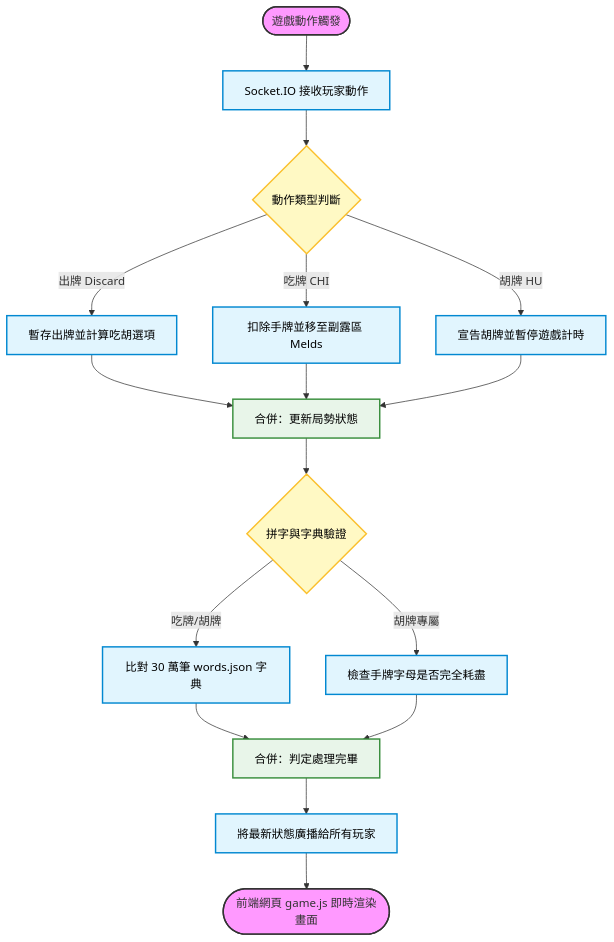
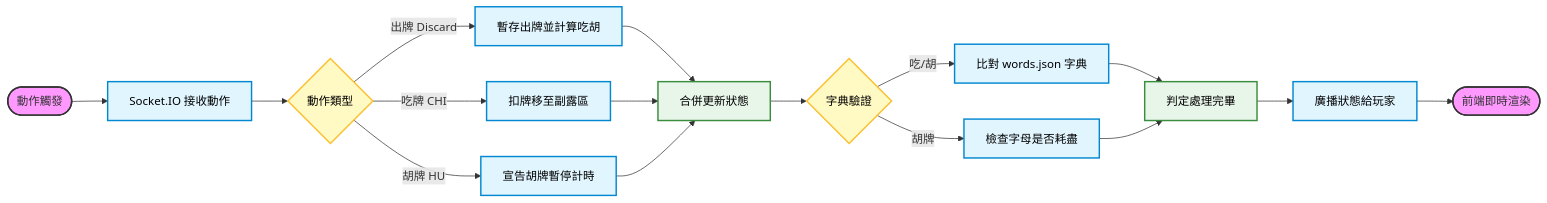
Before and after one commit to redbacon0423/english-mahjohn: the diagram in EXHIBITION.md, drawn with Mermaid. The commit also changed 3 other files, not shown here.

Commit message:
docs: switch process flowchart to horizontal layout for slide compactness

````diff
--- a/EXHIBITION.md
+++ b/EXHIBITION.md
@@ -145,36 +145,36 @@
 ```mermaid
-flowchart TD
+flowchart LR
     %% Define Styles
     classDef startEnd fill:#f9f,stroke:#333,stroke-width:2px;
     classDef process fill:#e1f5fe,stroke:#0288d1,stroke-width:2px,color:#000;
     classDef branch fill:#fff9c4,stroke:#fbc02d,stroke-width:2px,color:#000;
     classDef merge fill:#e8f5e9,stroke:#388e3c,stroke-width:2px,color:#000;
     
-    Start([遊戲動作觸發]) --> ActionHandler[Socket.IO 接收玩家動作]
-    ActionHandler --> ActionBranch{動作類型判斷}
+    Start([動作觸發]) --> ActionHandler[Socket.IO 接收動作]
+    ActionHandler --> ActionBranch{動作類型}
     
-    ActionBranch -->|出牌 Discard| DiscardFlow[暫存出牌並計算吃胡選項]
-    ActionBranch -->|吃牌 CHI| ChiFlow[扣除手牌並移至副露區 Melds]
-    ActionBranch -->|胡牌 HU| HuFlow[宣告胡牌並暫停遊戲計時]
+    ActionBranch -->|出牌 Discard| DiscardFlow[暫存出牌並計算吃胡]
+    ActionBranch -->|吃牌 CHI| ChiFlow[扣牌移至副露區]
+    ActionBranch -->|胡牌 HU| HuFlow[宣告胡牌暫停計時]
     
-    DiscardFlow --> VerifyMerge[合併：更新局勢狀態]
+    DiscardFlow --> VerifyMerge[合併更新狀態]
     ChiFlow --> VerifyMerge
     HuFlow --> VerifyMerge
     
-    VerifyMerge --> WordEngine{拼字與字典驗證}
+    VerifyMerge --> WordEngine{字典驗證}
     
-    WordEngine -->|吃牌/胡牌| DictCheck[比對 30 萬筆 words.json 字典]
-    WordEngine -->|胡牌專屬| MatchCheck[檢查手牌字母是否完全耗盡]
+    WordEngine -->|吃/胡| DictCheck[比對 words.json 字典]
+    WordEngine -->|胡牌| MatchCheck[檢查字母是否耗盡]
     
-    DictCheck --> SyncMerge[合併：判定處理完畢]
+    DictCheck --> SyncMerge[判定處理完畢]
     MatchCheck --> SyncMerge
     
-    SyncMerge --> Broadcast[將最新狀態廣播給所有玩家]
-    Broadcast --> Render([前端網頁 game.js 即時渲染畫面])
+    SyncMerge --> Broadcast[廣播狀態給玩家]
+    Broadcast --> Render([前端即時渲染])
     
     %% Apply styles
     class Start,Render startEnd;
     class ActionHandler,DiscardFlow,ChiFlow,HuFlow,DictCheck,MatchCheck,Broadcast process;
     class ActionBranch,WordEngine branch;
     class VerifyMerge,SyncMerge merge;
 ```
````
